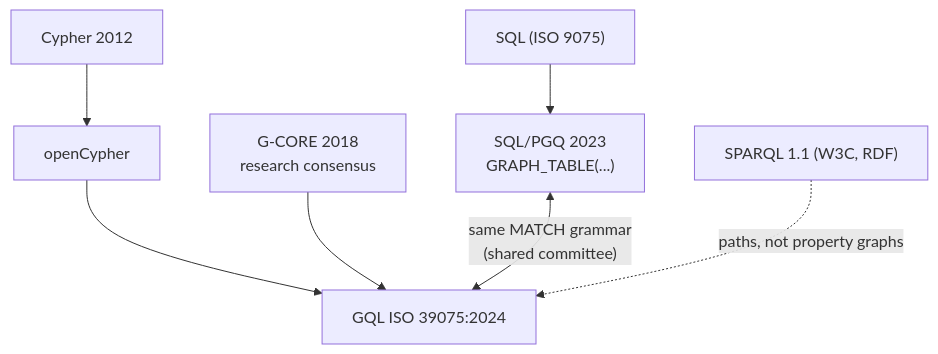
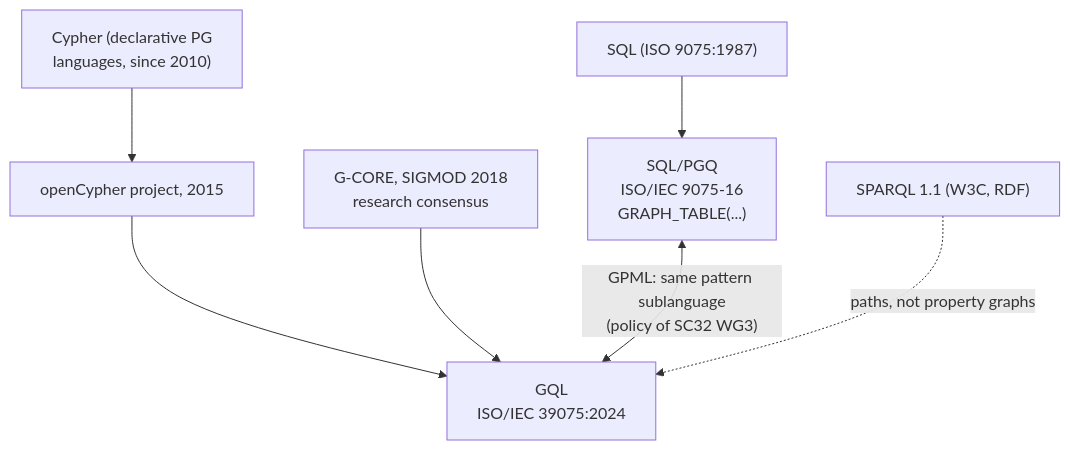
The diagram in topics/13-graph-engines/reading-query-languages.md (AviAvni/database-learning-path), drawn with Mermaid before and after one commit. The commit also changed other lines of this file and 9 other files, not shown here.

````diff
--- a/topics/13-graph-engines/reading-query-languages.md
+++ b/topics/13-graph-engines/reading-query-languages.md
@@ -92,8 +257,8 @@
 ```mermaid
 graph TD
-    SQL["SQL (ISO 9075)"] --> PGQ["SQL/PGQ 2023<br/>GRAPH_TABLE(...)"]
-    C[Cypher 2012] --> OC[openCypher] --> GQL["GQL ISO 39075:2024"]
-    G[G-CORE 2018<br/>research consensus] --> GQL
-    PGQ <-->|"same MATCH grammar<br/>(shared committee)"| GQL
+    SQL["SQL (ISO 9075:1987)"] --> PGQ["SQL/PGQ<br/>ISO/IEC 9075-16<br/>GRAPH_TABLE(...)"]
+    C["Cypher (declarative PG<br/>languages, since 2010)"] --> OC["openCypher project, 2015"] --> GQL["GQL<br/>ISO/IEC 39075:2024"]
+    G["G-CORE, SIGMOD 2018<br/>research consensus"] --> GQL
+    PGQ <-->|"GPML: same pattern sublanguage<br/>(policy of SC32 WG3)"| GQL
     SPARQL["SPARQL 1.1 (W3C, RDF)"] -.->|"paths, not property graphs"| GQL
 ```
````
